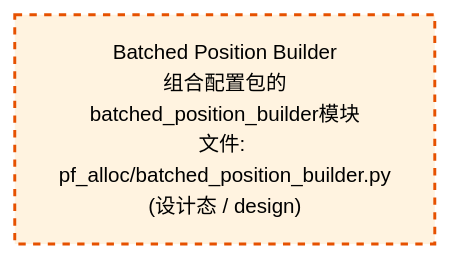
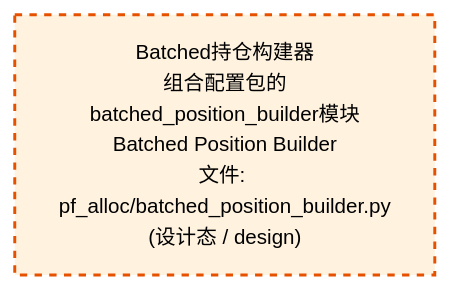
Before and after one commit to xuanFelixVan/ZephyrAlpha: the third of 4 diagrams in docs/02_enterprise_architecture/02_domain_architecture_docs/62_d_pf_alloc.md, drawn with Mermaid. The commit also changed other lines of this file and 56 other files, not shown here.

````diff
--- a/docs/02_enterprise_architecture/02_domain_architecture_docs/62_d_pf_alloc.md
+++ b/docs/02_enterprise_architecture/02_domain_architecture_docs/62_d_pf_alloc.md
@@ -119,10 +119,10 @@
 ```mermaid
 %%{init: {'theme': 'base', 'themeVariables': {'primaryColor': '#eaeaea', 'primaryTextColor': '#333333', 'primaryBorderColor': '#666666', 'lineColor': '#666666', 'secondaryColor': '#eaeaea', 'tertiaryColor': '#eaeaea', 'fontSize': '14px'}}}%%
 flowchart TD
-    src_zephyr_pf_alloc_batched_position_builder_py["Batched Position Builder<br/>组合配置包的batched_position_builder模块<br/>文件: pf_alloc/batched_position_builder.py<br/>(设计态 / design)"]
+    src_zephyr_pf_alloc_batched_position_builder_py["Batched持仓构建器<br/>组合配置包的batched_position_builder模块<br/>Batched Position Builder<br/>文件: pf_alloc/batched_position_builder.py<br/>(设计态 / design)"]
     classDef production fill:#e1f5fe,stroke:#01579b,stroke-width:2px,color:#000
     classDef design fill:#fff3e0,stroke:#e65100,stroke-width:2px,color:#000,stroke-dasharray: 5 5
     classDef external_prod fill:#e8f4fd,stroke:#0277bd,stroke-width:1px,color:#000
     classDef external_design fill:#fff8e7,stroke:#ef6c00,stroke-width:1px,color:#000,stroke-dasharray: 5 5
     class src_zephyr_pf_alloc_batched_position_builder_py design
 ```
````
